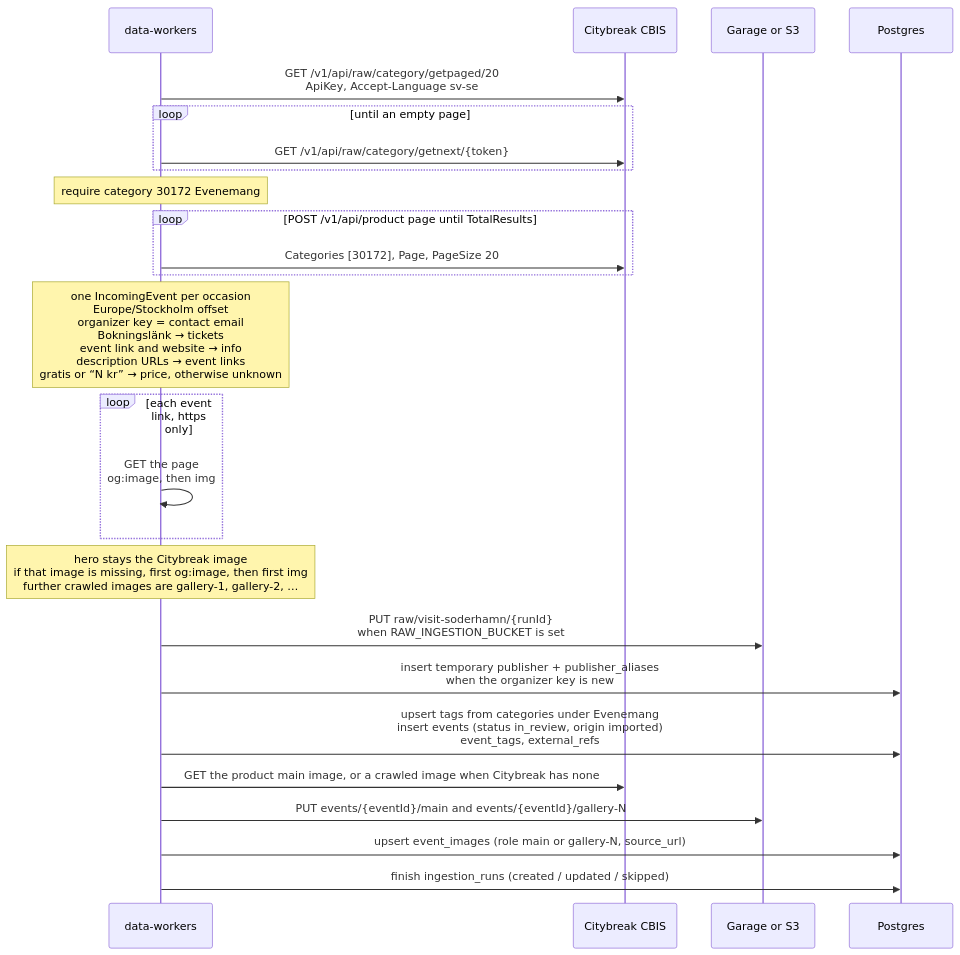
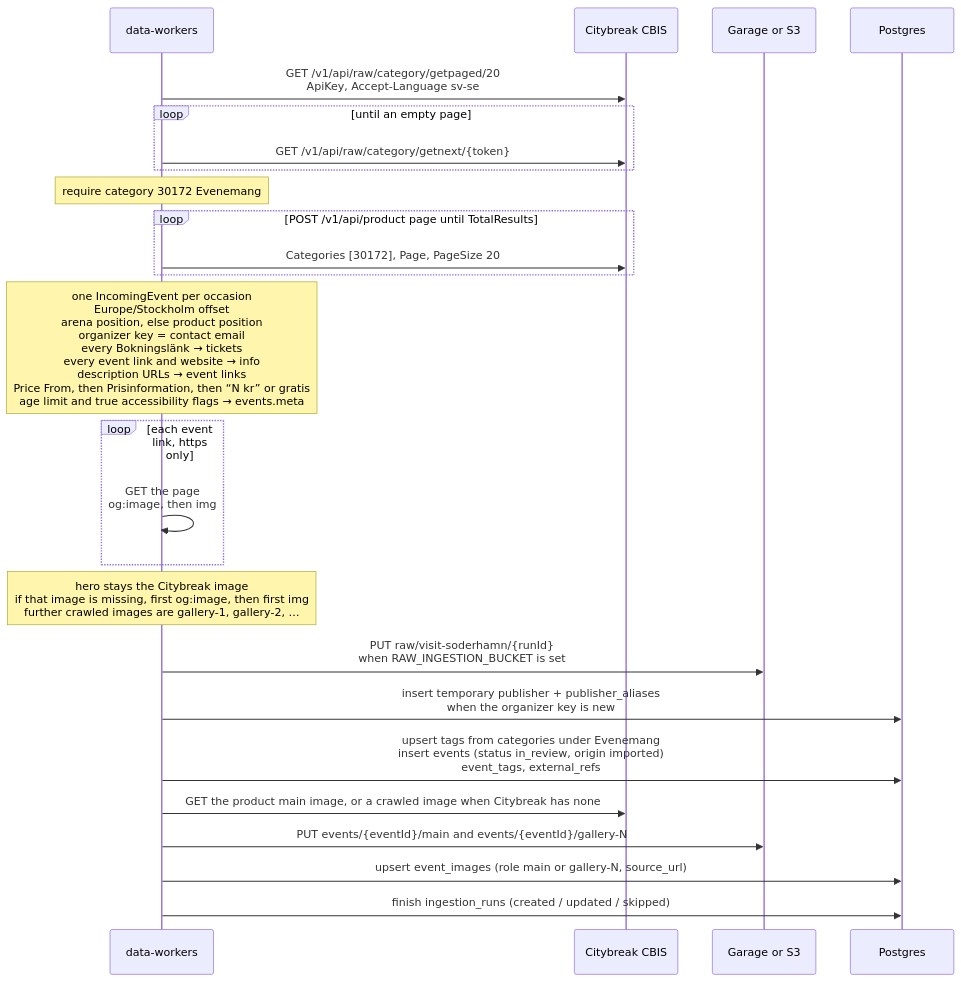
The diagram in docs/flows/visit-soderhamn.md (BradleySmallbottoms/evently), drawn with Mermaid before and after one commit. The commit also changed 85 other files, not shown here.

````diff
--- a/docs/flows/visit-soderhamn.md
+++ b/docs/flows/visit-soderhamn.md
@@ -20,28 +20,28 @@
 ```mermaid
 sequenceDiagram
   participant Runner as data-workers
   participant CBIS as Citybreak CBIS
   participant Store as Garage or S3
   participant DB as Postgres
 
   Runner->>CBIS: GET /v1/api/raw/category/getpaged/20<br/>ApiKey, Accept-Language sv-se
   loop until an empty page
     Runner->>CBIS: GET /v1/api/raw/category/getnext/{token}
   end
   Note over Runner: require category 30172 Evenemang
   loop POST /v1/api/product page until TotalResults
     Runner->>CBIS: Categories [30172], Page, PageSize 20
   end
-  Note over Runner: one IncomingEvent per occasion<br/>Europe/Stockholm offset<br/>organizer key = contact email<br/>Bokningslänk → tickets<br/>event link and website → info<br/>description URLs → event links<br/>gratis or “N kr” → price, otherwise unknown
+  Note over Runner: one IncomingEvent per occasion<br/>Europe/Stockholm offset<br/>arena position, else product position<br/>organizer key = contact email<br/>every Bokningslänk → tickets<br/>every event link and website → info<br/>description URLs → event links<br/>Price From, then Prisinformation, then “N kr” or gratis<br/>age limit and true accessibility flags → events.meta
   loop each event link, https only
     Runner->>Runner: GET the page<br/>og:image, then img
   end
   Note over Runner: hero stays the Citybreak image<br/>if that image is missing, first og:image, then first img<br/>further crawled images are gallery-1, gallery-2, …
   Runner->>Store: PUT raw/visit-soderhamn/{runId}<br/>when RAW_INGESTION_BUCKET is set
   Runner->>DB: insert temporary publisher + publisher_aliases<br/>when the organizer key is new
   Runner->>DB: upsert tags from categories under Evenemang<br/>insert events (status in_review, origin imported)<br/>event_tags, external_refs
   Runner->>CBIS: GET the product main image, or a crawled image when Citybreak has none
   Runner->>Store: PUT events/{eventId}/main and events/{eventId}/gallery-N
   Runner->>DB: upsert event_images (role main or gallery-N, source_url)
   Runner->>DB: finish ingestion_runs (created / updated / skipped)
 ```
````
